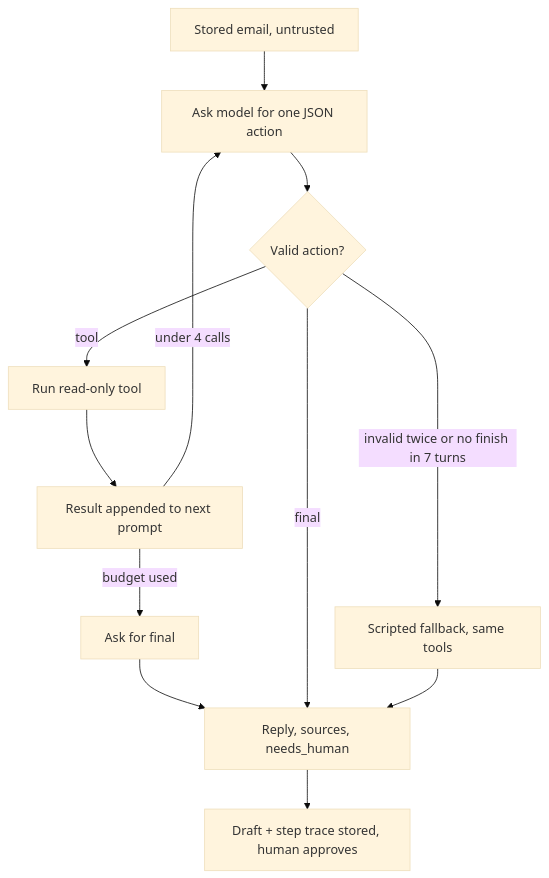
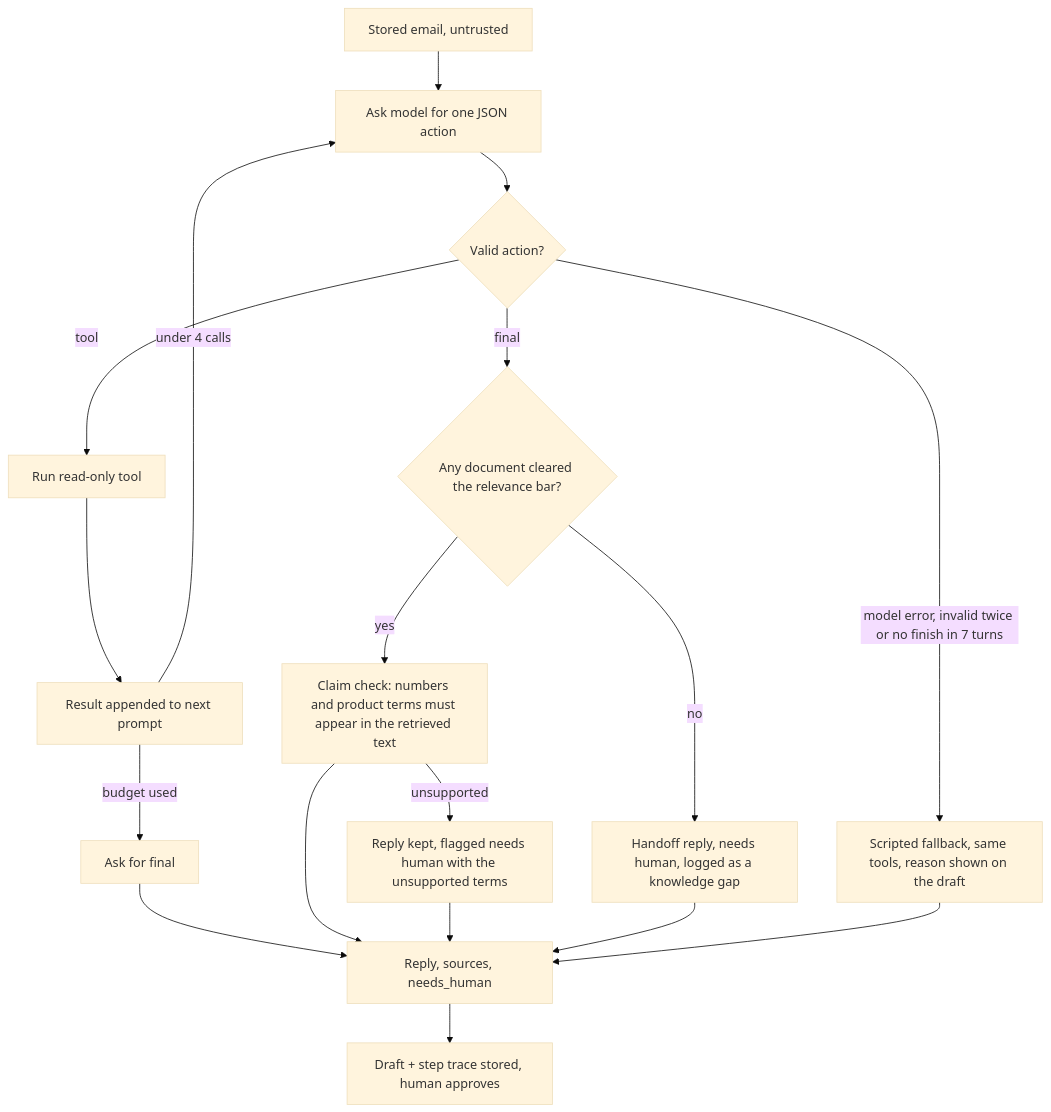
Before and after one commit to laxayk/flowsync-triage: the second of 2 diagrams in README.md, drawn with Mermaid (base theme). The commit also changed other lines of this file and 2 other files, not shown here.

Commit message:
IMAP: skip unparseable mail so it cannot block the backlog, optional max age; README rewritten to match the code (hybrid retrieval, claim check, handoff, pacing, regenerate, real vs fictional, measured results and honest limits)

````diff
--- a/README.md
+++ b/README.md
@@ -69,14 +73,20 @@
 ```mermaid
 flowchart TD
     S[Stored email, untrusted] --> M[Ask model for one JSON action]
     M --> P{Valid action?}
-    P -->|invalid twice or no finish in 7 turns| F[Scripted fallback, same tools]
+    P -->|model error, invalid twice or no finish in 7 turns| F[Scripted fallback, same tools, reason shown on the draft]
     P -->|tool| TL[Run read-only tool]
     TL --> L[Result appended to next prompt]
     L -->|under 4 calls| M
     L -->|budget used| M2[Ask for final]
     M2 --> Z
-    P -->|final| Z[Reply, sources, needs_human]
+    P -->|final| G{Any document cleared the relevance bar?}
+    G -->|no| HO[Handoff reply, needs human, logged as a knowledge gap]
+    G -->|yes| CK[Claim check: numbers and product terms must appear in the retrieved text]
+    CK -->|unsupported| FL[Reply kept, flagged needs human with the unsupported terms]
+    CK --> Z[Reply, sources, needs_human]
+    FL --> Z
+    HO --> Z
     F --> Z
     Z --> H[Draft + step trace stored, human approves]
 ```
````
